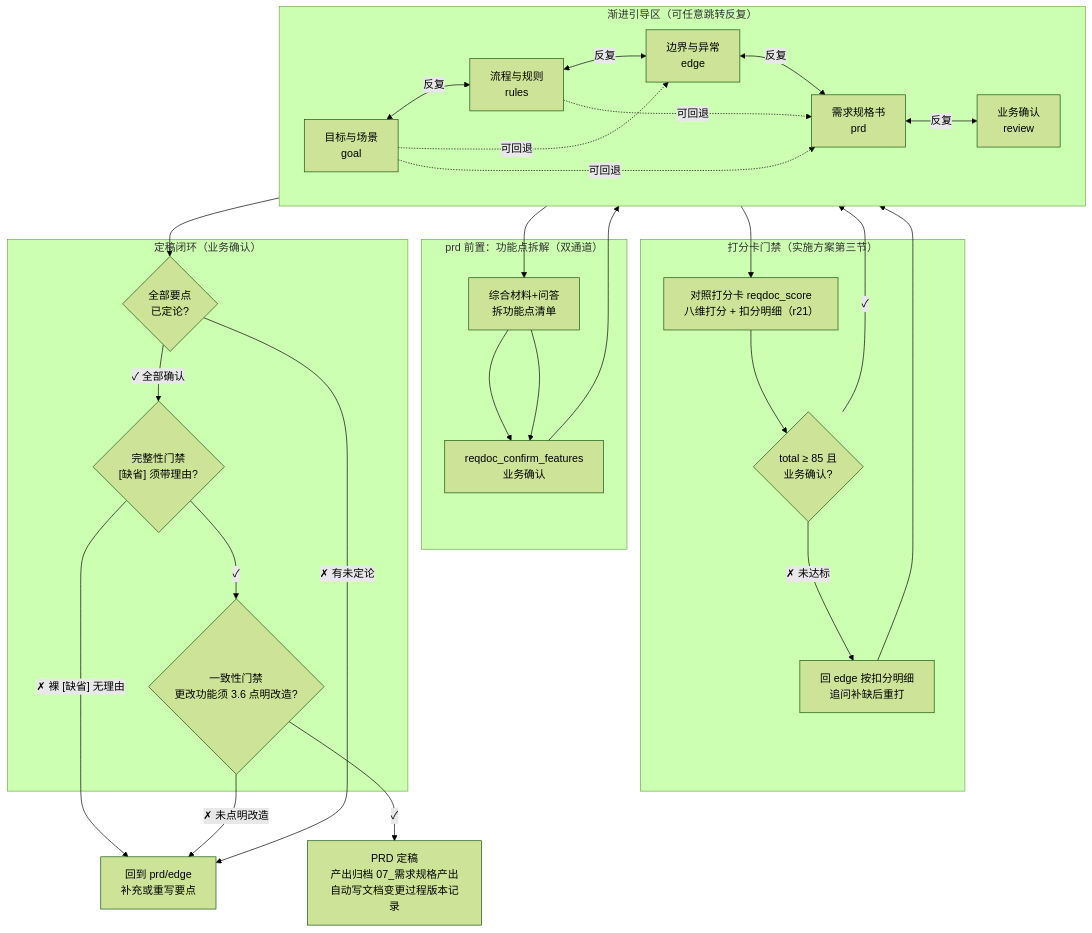
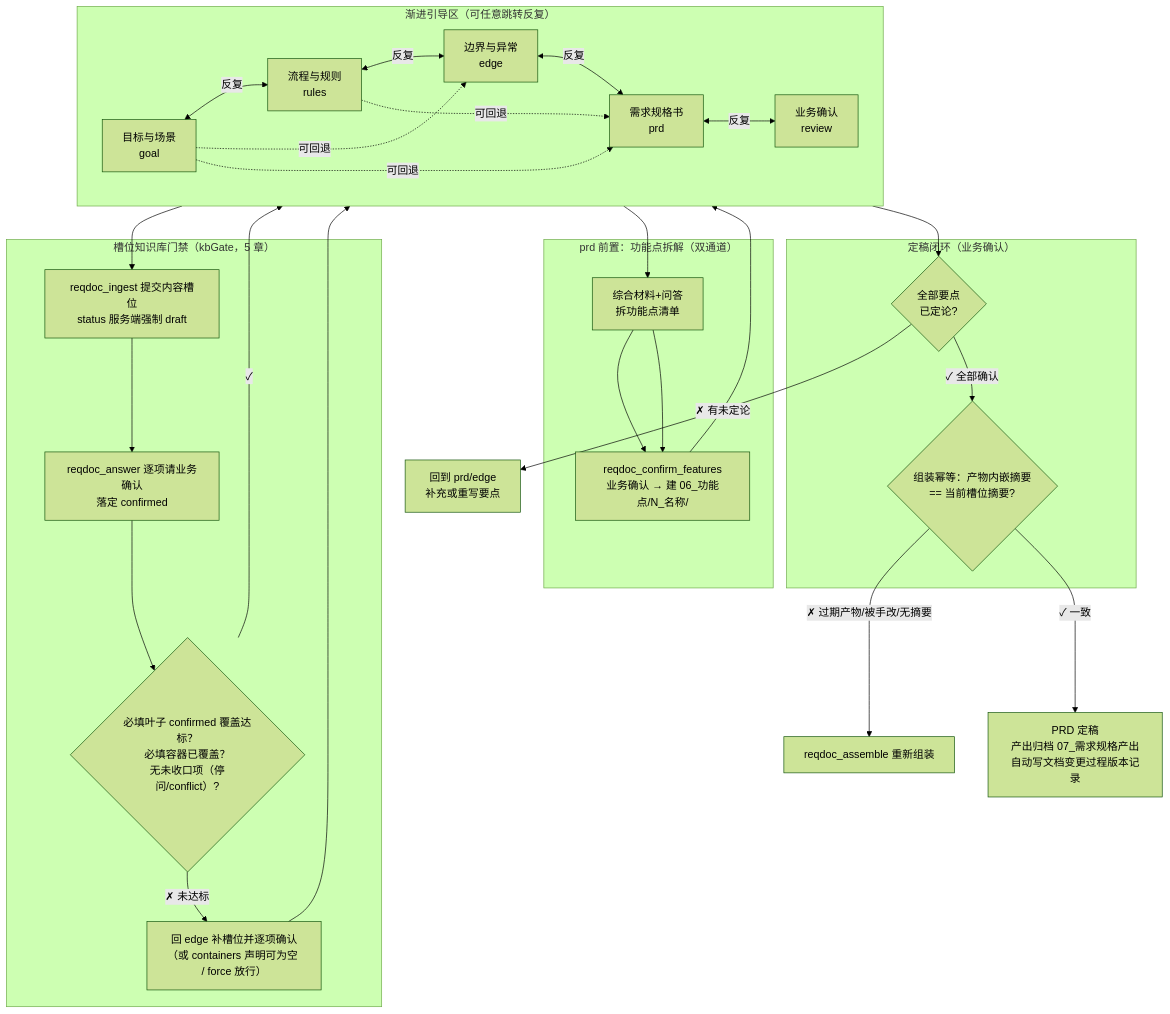
Before and after one commit to wonglaitung/opencode: the second of 4 diagrams in opencode-session-mgmt/docs/workflow-reqdoc.md, drawn with Mermaid (forest theme). The commit also changed other lines of this file and 6 other files, not shown here.

````diff
--- a/opencode-session-mgmt/docs/workflow-reqdoc.md
+++ b/opencode-session-mgmt/docs/workflow-reqdoc.md
@@ -45,41 +49,39 @@
 ```mermaid
 graph TB
     subgraph IterationZone["渐进引导区（可任意跳转反复）"]
         direction LR
         G["目标与场景<br/>goal"] <-->|"反复"| R["流程与规则<br/>rules"]
         R <-->|"反复"| E["边界与异常<br/>edge"]
         E <-->|"反复"| P["需求规格书<br/>prd"]
         P <-->|"反复"| RV["业务确认<br/>review"]
         G -.->|"可回退"| E
         G -.->|"可回退"| P
         R -.->|"可回退"| P
     end
     subgraph FeatureZone["prd 前置：功能点拆解（双通道）"]
-        F["综合材料+问答<br/>拆功能点清单"] --> FC["reqdoc_confirm_features<br/>业务确认"]
+        F["综合材料+问答<br/>拆功能点清单"] --> FC["reqdoc_confirm_features<br/>业务确认 → 建 06_功能点/N_名称/"]
     end
 
-    subgraph ScoreGate["打分卡门禁（实施方案第三节）"]
-        SC["对照打分卡 reqdoc_score<br/>八维打分 + 扣分明细（r21）"] --> SG{"total ≥ 85 且<br/>业务确认?"}
-        SG -->|"✗ 未达标"| EBACK["回 edge 按扣分明细<br/>追问补缺后重打"]
+    subgraph KbGate["槽位知识库门禁（kbGate，5 章）"]
+        KI["reqdoc_ingest 提交内容槽位<br/>status 服务端强制 draft"] --> KA["reqdoc_answer 逐项请业务确认<br/>落定 confirmed"]
+        KA --> KG{"必填叶子 confirmed 覆盖达标？<br/>必填容器已覆盖？<br/>无未收口项（停问/conflict）?"}
+        KG -->|"✗ 未达标"| EBACK["回 edge 补槽位并逐项确认<br/>（或 containers 声明可为空 / force 放行）"]
     end
 
     subgraph Close["定稿闭环（业务确认）"]
         C{"全部要点<br/>已定论?"}
-        G1{"完整性门禁<br/>[缺省] 须带理由?"}
-        G2{"一致性门禁<br/>更改功能须 3.6 点明改造?"}
+        G0{"组装幂等：产物内嵌摘要<br/>== 当前槽位摘要?"}
     end
 
     IterationZone --> F
     F --> FC
     FC --> IterationZone
-    E --> SC
-    SG -->|"✓"| P
+    E --> KI
+    KG -->|"✓"| P
     EBACK --> E
     IterationZone --> C
-    C -->|"✓ 全部确认"| G1
-    G1 -->|"✗ 裸 [缺省] 无理由"| BACK
-    G1 -->|"✓"| G2
-    G2 -->|"✗ 未点明改造"| BACK
-    G2 -->|"✓"| PRD["PRD 定稿<br/>产出归档 07_需求规格产出<br/>自动写文档变更过程版本记录"]
-    C -->|"✗ 有未定论"| BACK["回到 prd/edge<br/>补充或重写要点"]
+    C -->|"✓ 全部确认"| G0
+    G0 -->|"✗ 过期产物/被手改/无摘要"| BACK["reqdoc_assemble 重新组装"]
+    G0 -->|"✓ 一致"| PRD["PRD 定稿<br/>产出归档 07_需求规格产出<br/>自动写文档变更过程版本记录"]
+    C -->|"✗ 有未定论"| BACK2["回到 prd/edge<br/>补充或重写要点"]
 ```
````
